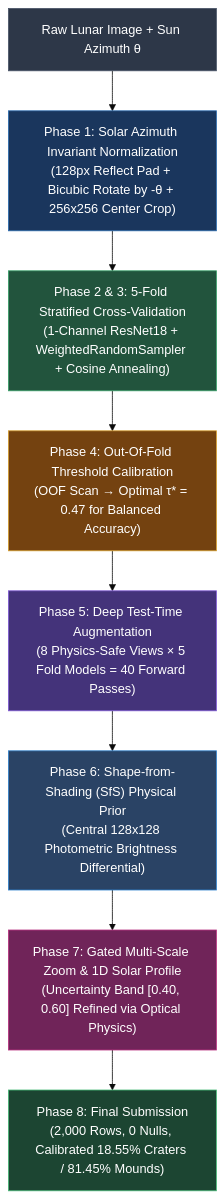
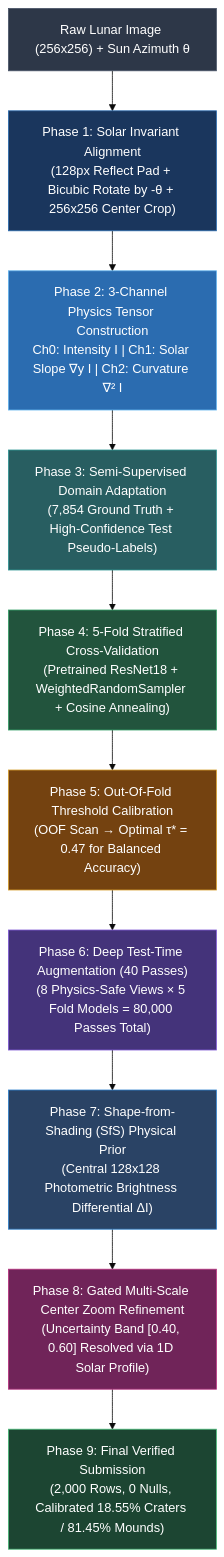
Before and after one commit to aayushchavanke/lunar-topographic-inversion: the diagram in README.md, drawn with Mermaid (base theme). The commit also changed other lines of this file, not shown here.

````diff
--- a/README.md
+++ b/README.md
@@ -14,19 +28,23 @@
 ```mermaid
 flowchart TD
-    A["Raw Lunar Image + Sun Azimuth θ"] --> B["Phase 1: Solar Azimuth Invariant Normalization<br/>(128px Reflect Pad + Bicubic Rotate by -θ + 256x256 Center Crop)"]
-    B --> C["Phase 2 & 3: 5-Fold Stratified Cross-Validation<br/>(1-Channel ResNet18 + WeightedRandomSampler + Cosine Annealing)"]
-    C --> D["Phase 4: Out-Of-Fold Threshold Calibration<br/>(OOF Scan → Optimal τ* = 0.47 for Balanced Accuracy)"]
-    D --> E["Phase 5: Deep Test-Time Augmentation<br/>(8 Physics-Safe Views × 5 Fold Models = 40 Forward Passes)"]
-    E --> F["Phase 6: Shape-from-Shading (SfS) Physical Prior<br/>(Central 128x128 Photometric Brightness Differential)"]
-    F --> G["Phase 7: Gated Multi-Scale Zoom & 1D Solar Profile<br/>(Uncertainty Band [0.40, 0.60] Refined via Optical Physics)"]
-    G --> H["Phase 8: Final Submission<br/>(2,000 Rows, 0 Nulls, Calibrated 18.55% Craters / 81.45% Mounds)"]
+    A["Raw Lunar Image (256x256) + Sun Azimuth θ"] --> B["Phase 1: Solar Invariant Alignment<br/>(128px Reflect Pad + Bicubic Rotate by -θ + 256x256 Center Crop)"]
+    B --> C["Phase 2: 3-Channel Physics Tensor Construction<br/>Ch0: Intensity I | Ch1: Solar Slope ∇y I | Ch2: Curvature ∇² I"]
+    C --> D["Phase 3: Semi-Supervised Domain Adaptation<br/>(7,854 Ground Truth + High-Confidence Test Pseudo-Labels)"]
+    D --> E["Phase 4: 5-Fold Stratified Cross-Validation<br/>(Pretrained ResNet18 + WeightedRandomSampler + Cosine Annealing)"]
+    E --> F["Phase 5: Out-Of-Fold Threshold Calibration<br/>(OOF Scan → Optimal τ* = 0.47 for Balanced Accuracy)"]
+    F --> G["Phase 6: Deep Test-Time Augmentation (40 Passes)<br/>(8 Physics-Safe Views × 5 Fold Models = 80,000 Passes Total)"]
+    G --> H["Phase 7: Shape-from-Shading (SfS) Physical Prior<br/>(Central 128x128 Photometric Brightness Differential ΔI)"]
+    H --> I["Phase 8: Gated Multi-Scale Center Zoom Refinement<br/>(Uncertainty Band [0.40, 0.60] Resolved via 1D Solar Profile)"]
+    I --> J["Phase 9: Final Verified Submission<br/>(2,000 Rows, 0 Nulls, Calibrated 18.55% Craters / 81.45% Mounds)"]
 
     style A fill:#2D3748,stroke:#4A5568,color:#fff
     style B fill:#1A365D,stroke:#2B6CB0,color:#fff
-    style C fill:#22543D,stroke:#38A169,color:#fff
-    style D fill:#744210,stroke:#D69E2E,color:#fff
-    style E fill:#44337A,stroke:#805AD5,color:#fff
-    style F fill:#2A4365,stroke:#3182CE,color:#fff
-    style G fill:#702459,stroke:#B83280,color:#fff
-    style H fill:#1C4532,stroke:#48BB78,color:#fff
+    style C fill:#2B6CB0,stroke:#63B3ED,color:#fff
+    style D fill:#285E61,stroke:#319795,color:#fff
+    style E fill:#22543D,stroke:#38A169,color:#fff
+    style F fill:#744210,stroke:#D69E2E,color:#fff
+    style G fill:#44337A,stroke:#805AD5,color:#fff
+    style H fill:#2A4365,stroke:#3182CE,color:#fff
+    style I fill:#702459,stroke:#B83280,color:#fff
+    style J fill:#1C4532,stroke:#48BB78,color:#fff
 ```
````
